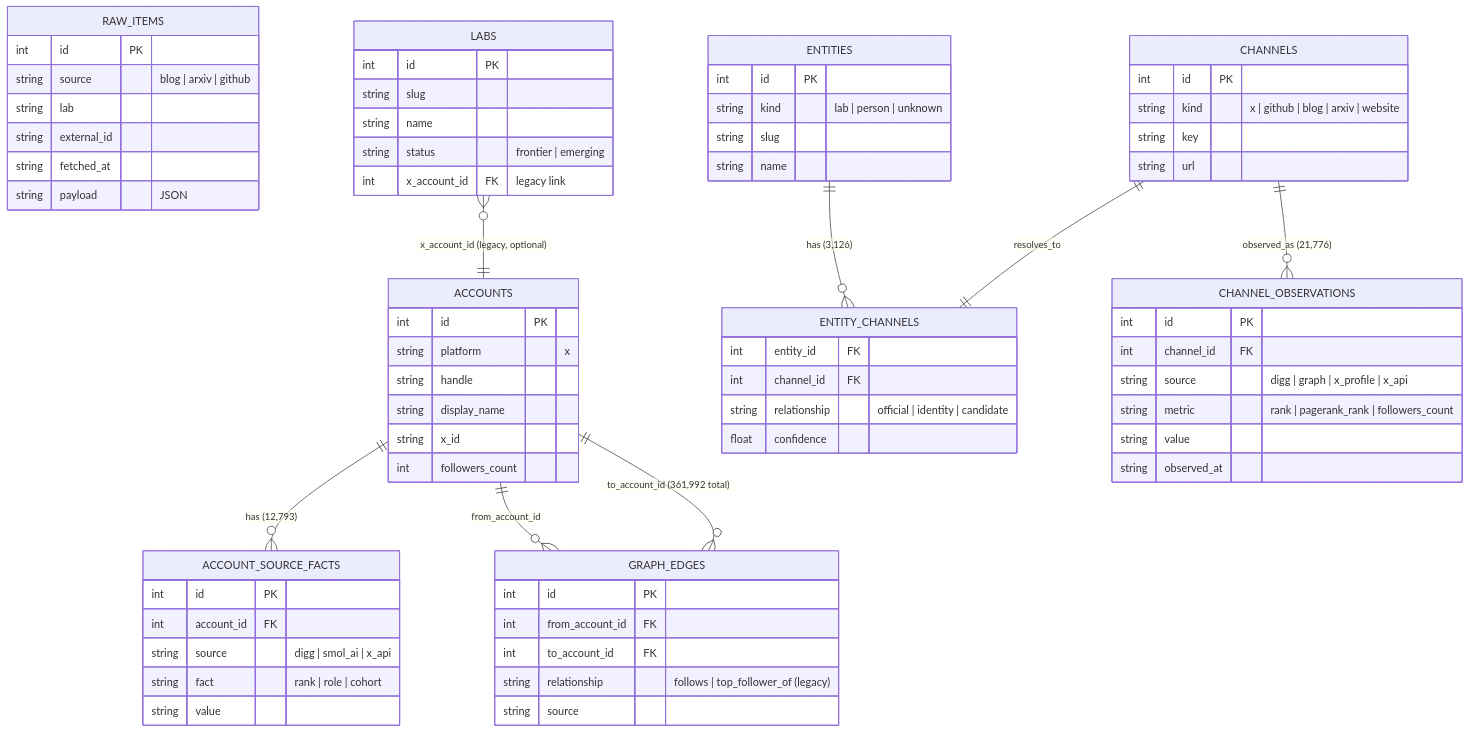
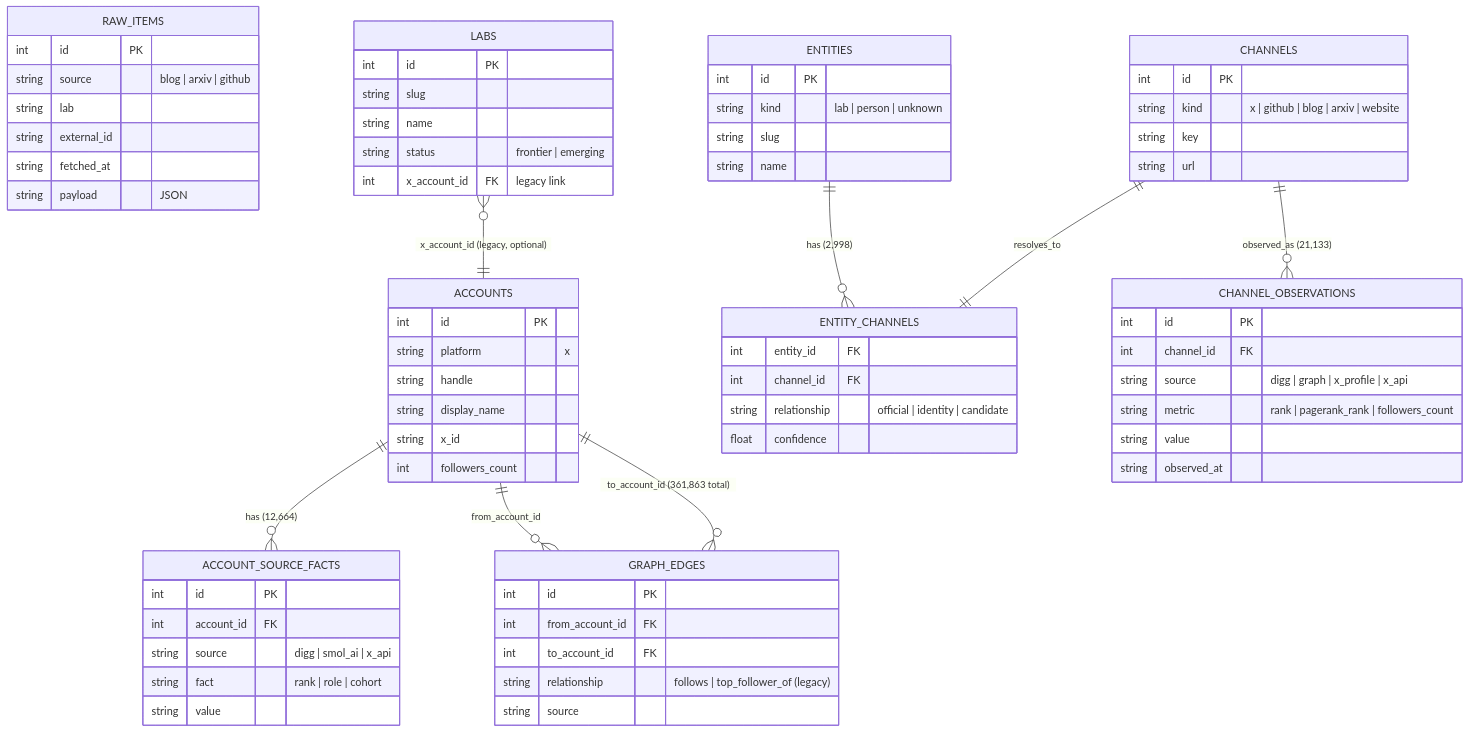
Before and after one commit to AdithyanI/frontier-lab-intelligence: the third of 5 diagrams in docs/architecture/overview.md, drawn with Mermaid. The commit also changed other lines of this file and 6 other files, not shown here.

````diff
--- a/docs/architecture/overview.md
+++ b/docs/architecture/overview.md
@@ -169,74 +175,74 @@
 ```mermaid
 erDiagram
     RAW_ITEMS {
         int id PK
         string source "blog | arxiv | github"
         string lab
         string external_id
         string fetched_at
         string payload "JSON"
     }
     ACCOUNTS {
         int id PK
         string platform "x"
         string handle
         string display_name
         string x_id
         int followers_count
     }
     ACCOUNT_SOURCE_FACTS {
         int id PK
         int account_id FK
         string source "digg | smol_ai | x_api"
         string fact "rank | role | cohort"
         string value
     }
     GRAPH_EDGES {
         int id PK
         int from_account_id FK
         int to_account_id FK
         string relationship "follows | top_follower_of (legacy)"
         string source
     }
     LABS {
         int id PK
         string slug
         string name
         string status "frontier | emerging"
         int x_account_id FK "legacy link"
     }
     ENTITIES {
         int id PK
         string kind "lab | person | unknown"
         string slug
         string name
     }
     CHANNELS {
         int id PK
         string kind "x | github | blog | arxiv | website"
         string key
         string url
     }
     ENTITY_CHANNELS {
         int entity_id FK
         int channel_id FK
         string relationship "official | identity | candidate"
         float confidence
     }
     CHANNEL_OBSERVATIONS {
         int id PK
         int channel_id FK
         string source "digg | graph | x_profile | x_api"
         string metric "rank | pagerank_rank | followers_count"
         string value
         string observed_at
     }
 
-    ACCOUNTS ||--o{ ACCOUNT_SOURCE_FACTS : "has (12,793)"
+    ACCOUNTS ||--o{ ACCOUNT_SOURCE_FACTS : "has (12,664)"
     ACCOUNTS ||--o{ GRAPH_EDGES : "from_account_id"
-    ACCOUNTS ||--o{ GRAPH_EDGES : "to_account_id (361,992 total)"
+    ACCOUNTS ||--o{ GRAPH_EDGES : "to_account_id (361,863 total)"
     LABS }o--|| ACCOUNTS : "x_account_id (legacy, optional)"
-    ENTITIES ||--o{ ENTITY_CHANNELS : "has (3,126)"
+    ENTITIES ||--o{ ENTITY_CHANNELS : "has (2,998)"
     CHANNELS ||--|| ENTITY_CHANNELS : resolves_to
-    CHANNELS ||--o{ CHANNEL_OBSERVATIONS : "observed_as (21,776)"
+    CHANNELS ||--o{ CHANNEL_OBSERVATIONS : "observed_as (21,133)"
 ```
````
